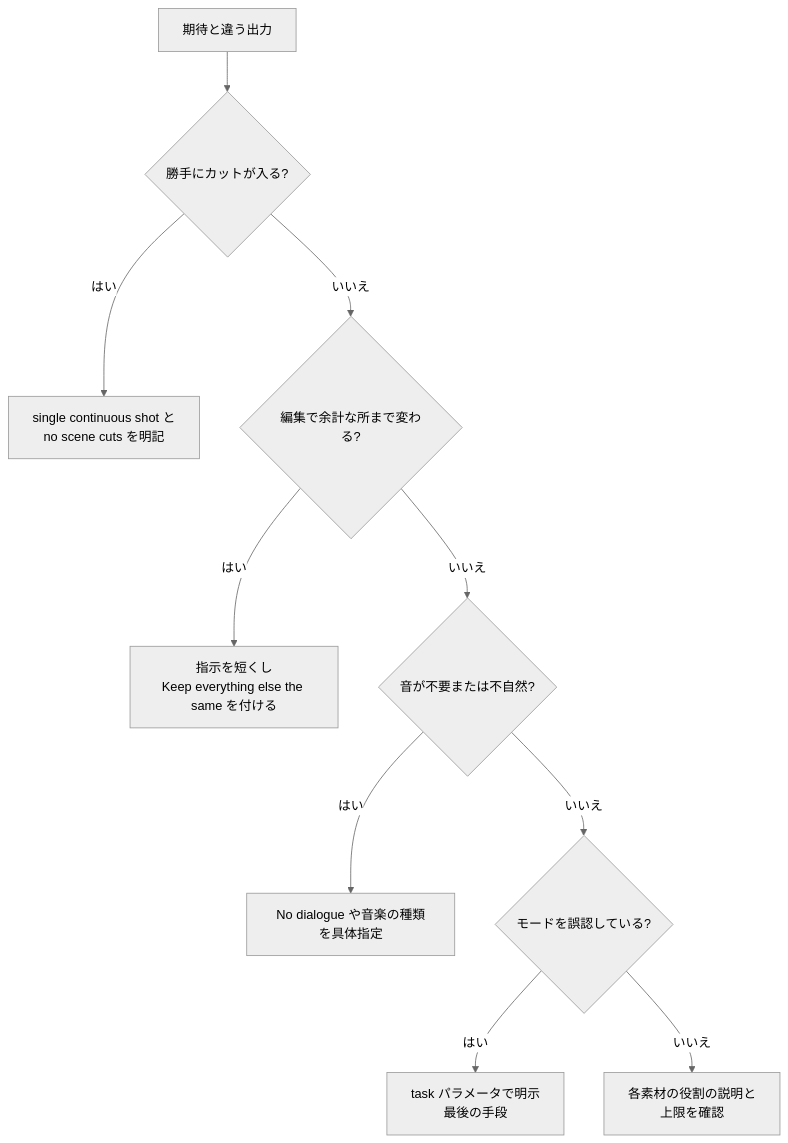
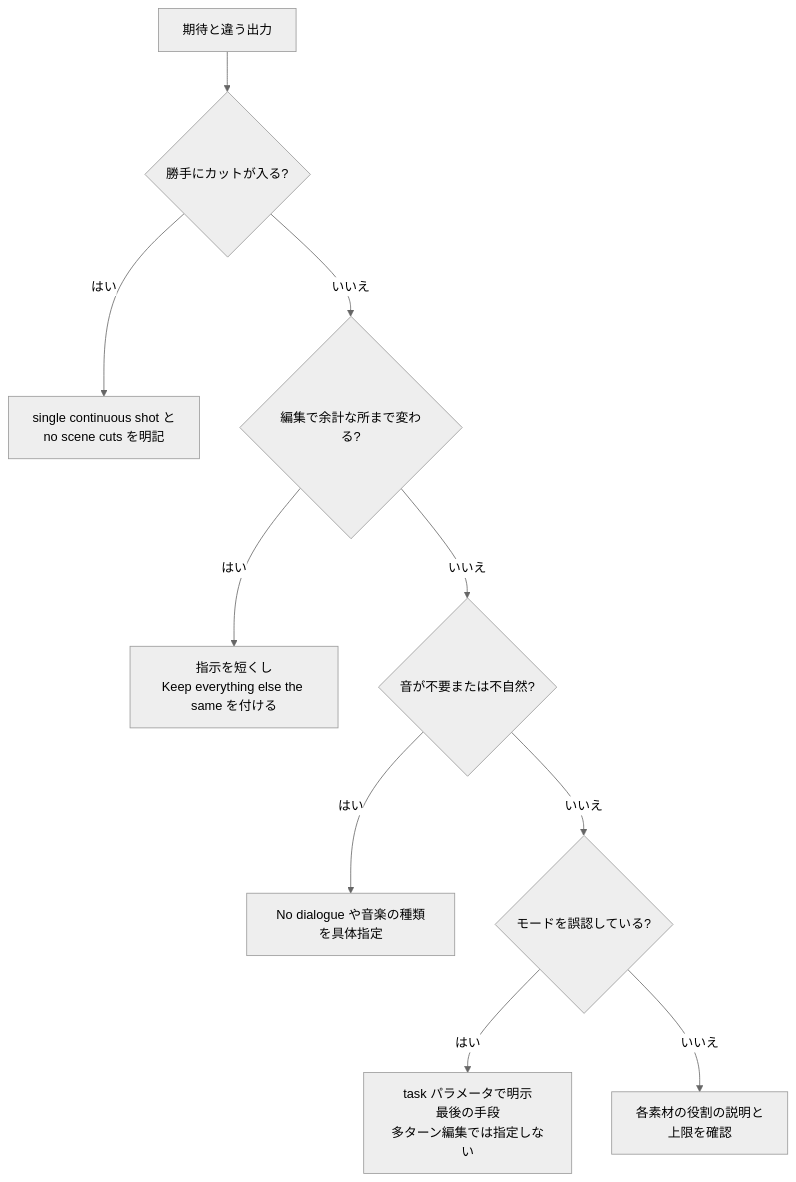
One commit to myoshi2891/Comparison-of-LLMs changed the seventh of 7 diagrams in Gemini-omni-best-practices-guide.md. Above: the diagram before and after it, drawn with Mermaid (neutral theme). The commit also changed other lines of this file and 1 other file, not shown here.

Commit message:
docs(gemini): clarify Vertex AI data retention caveats in Argon guide, and avoid task parameter in multi-turn editing in Omni guide

````diff
--- a/Gemini-omni-best-practices-guide.md
+++ b/Gemini-omni-best-practices-guide.md
@@ -690,12 +690,12 @@
 ```mermaid
 flowchart TD
     P["期待と違う出力"] --> Q1{"勝手にカットが入る?"}
     Q1 -->|はい| A1["single continuous shot と<br/>no scene cuts を明記"]
     Q1 -->|いいえ| Q2{"編集で余計な所まで変わる?"}
     Q2 -->|はい| A2["指示を短くし<br/>Keep everything else the same を付ける"]
     Q2 -->|いいえ| Q3{"音が不要または不自然?"}
     Q3 -->|はい| A3["No dialogue や音楽の種類を具体指定"]
     Q3 -->|いいえ| Q4{"モードを誤認している?"}
-    Q4 -->|はい| A4["task パラメータで明示<br/>最後の手段"]
+    Q4 -->|はい| A4["task パラメータで明示<br/>最後の手段<br/>多ターン編集では指定しない"]
     Q4 -->|いいえ| A5["各素材の役割の説明と<br/>上限を確認"]
 ```
````
